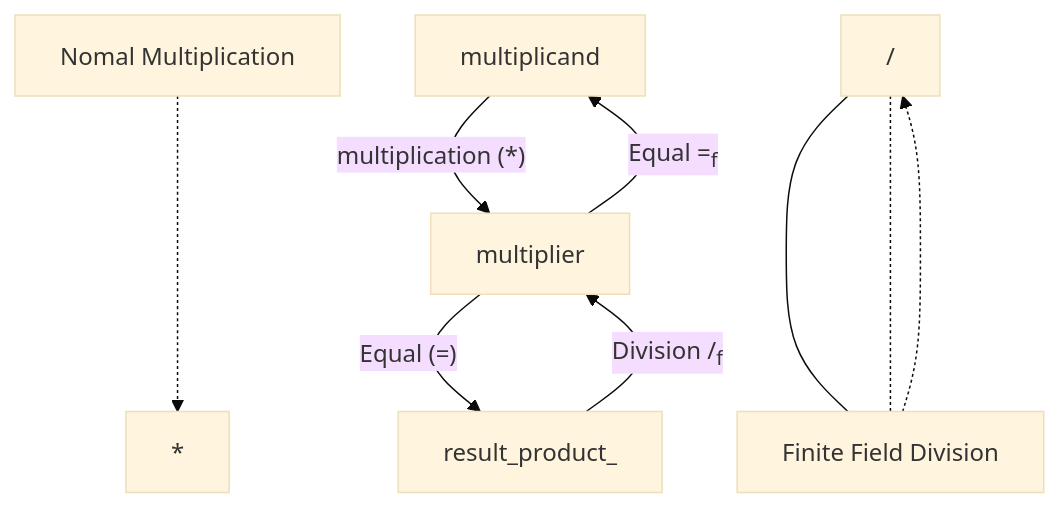
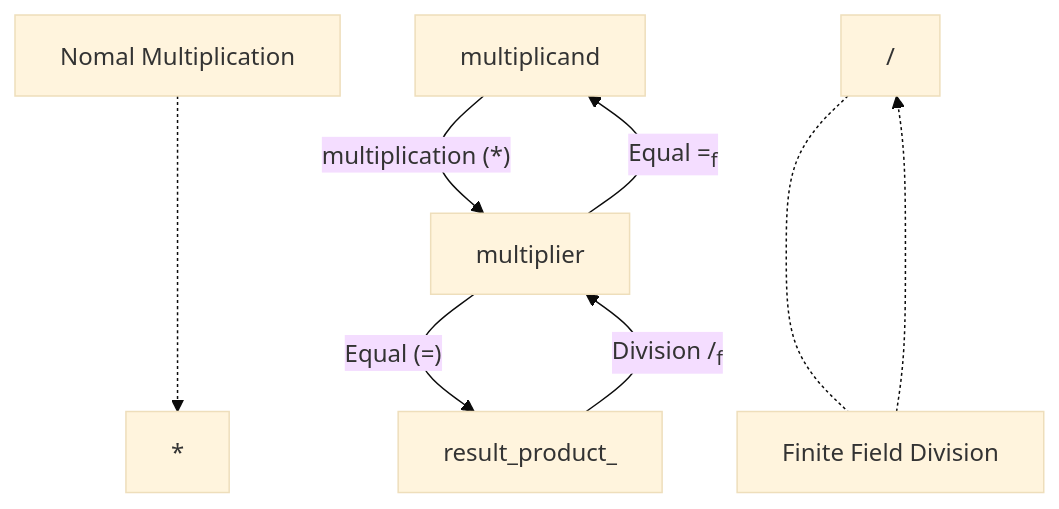
One commit to will-bc/Blockchain-Cryptocurrency changed the third of 3 diagrams in Finite_Field/README.md. Above: the diagram before and after it, drawn with Mermaid (base theme).

````diff
--- a/Finite_Field/README.md
+++ b/Finite_Field/README.md
@@ -49,17 +49,16 @@
 ```mermaid 
 graph TB 
 
 A["Nomal Multiplication"] -..-> *
 
 multiplicand --"multiplication (*)" --> multiplier-->|"Equal (=)"|result_product_ 
 
 result_product_-- "Division /<sub>f</sub>" -->multiplier
 multiplier--"Equal =<sub>f</sub>" -->multiplicand
 
-/ <=== B["Finite Field Division"]
+/ <-.- B["Finite Field Division"]
 
 B["Finite Field Division"] -..-> /
 
-/ -.- B["Finite Field Division"]
 
 ```
````
